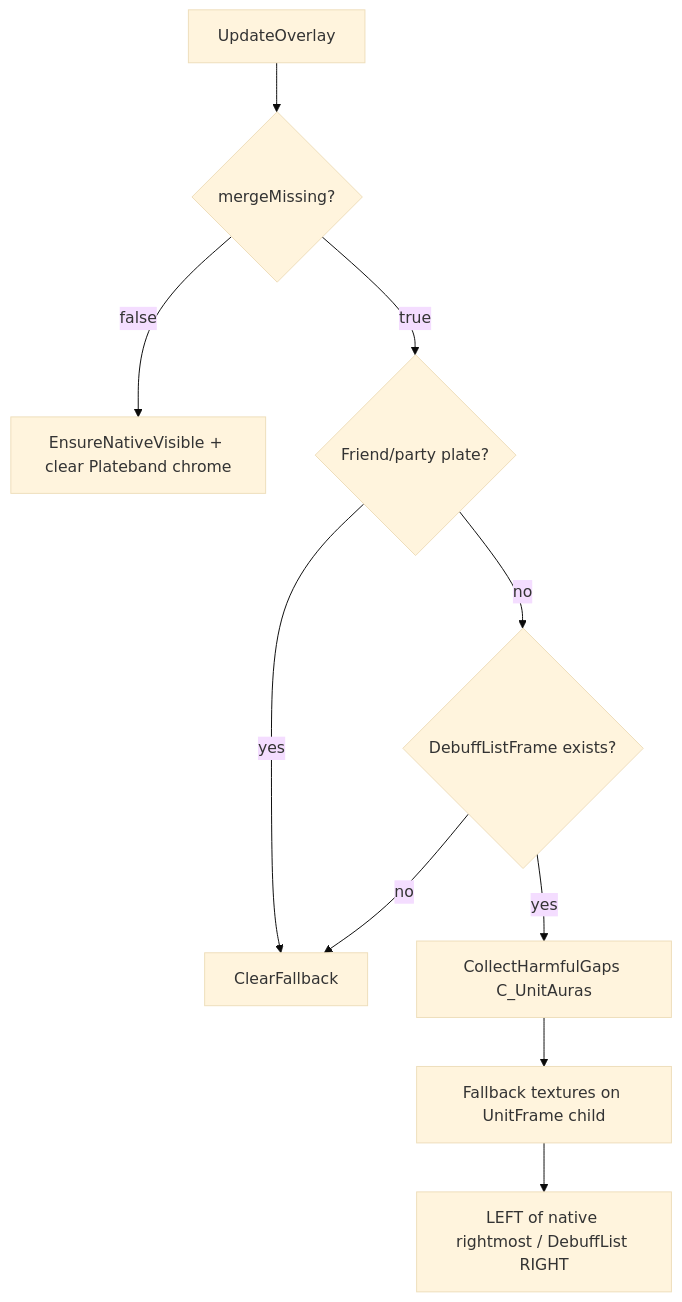
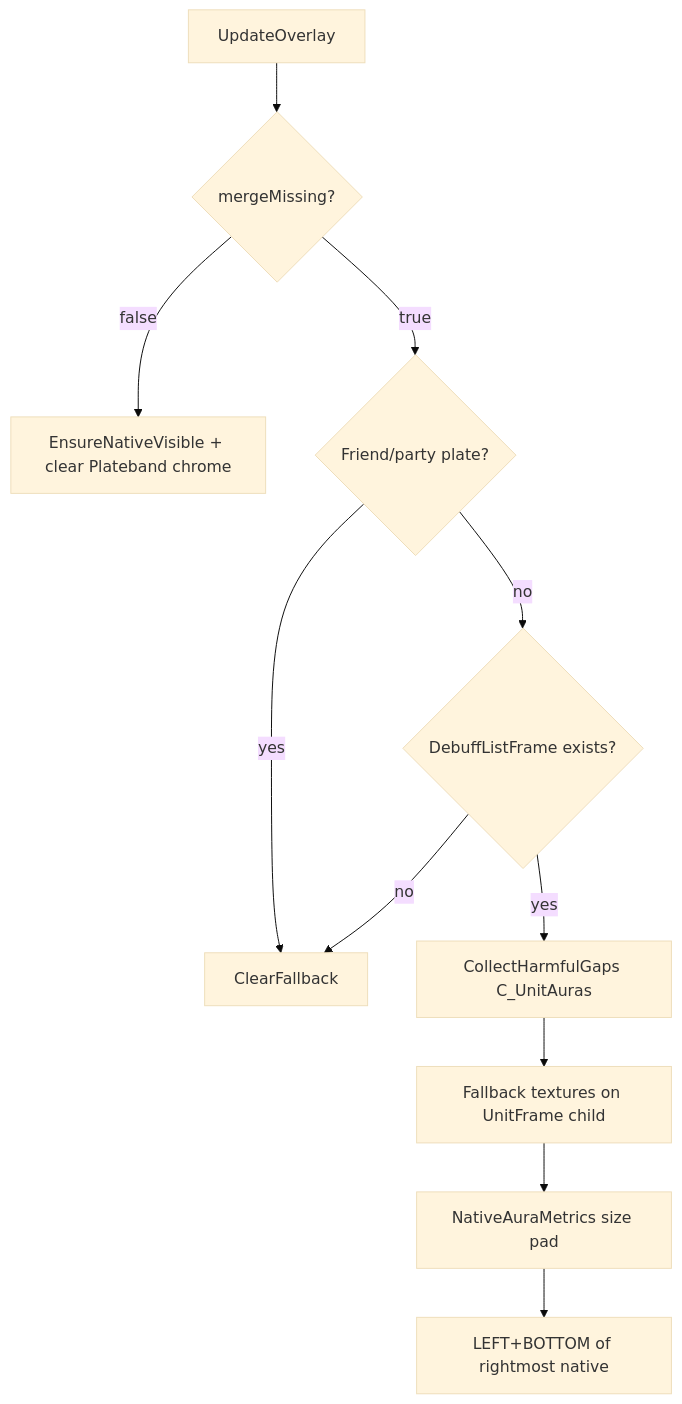
One commit to sirTurbisCZ/wow-forever-addons changed the diagram in addons/Plateband/Docs/merge-design.md. Above: the diagram before and after it, drawn with Mermaid (base theme). The commit also changed other lines of this file and 5 other files, not shown here.

First line of the commit message:
Plateband 0.2.1: match native debuff row metrics for gap icons

````diff
--- a/addons/Plateband/Docs/merge-design.md
+++ b/addons/Plateband/Docs/merge-design.md
@@ -24,12 +24,13 @@
 ```mermaid
 flowchart TD
   tick[UpdateOverlay] --> gate{mergeMissing?}
   gate -->|false| nativeOnly[EnsureNativeVisible + clear Plateband chrome]
   gate -->|true| enemy{Friend/party plate?}
   enemy -->|yes| skip[ClearFallback]
   enemy -->|no| row{DebuffListFrame exists?}
   row -->|no| skip
   row -->|yes| collect[CollectHarmfulGaps C_UnitAuras]
   collect --> paint[Fallback textures on UnitFrame child]
-  paint --> layout[LEFT of native rightmost / DebuffList RIGHT]
+  paint --> metrics[NativeAuraMetrics size pad]
+  metrics --> layout[LEFT+BOTTOM of rightmost native]
 ```
````
